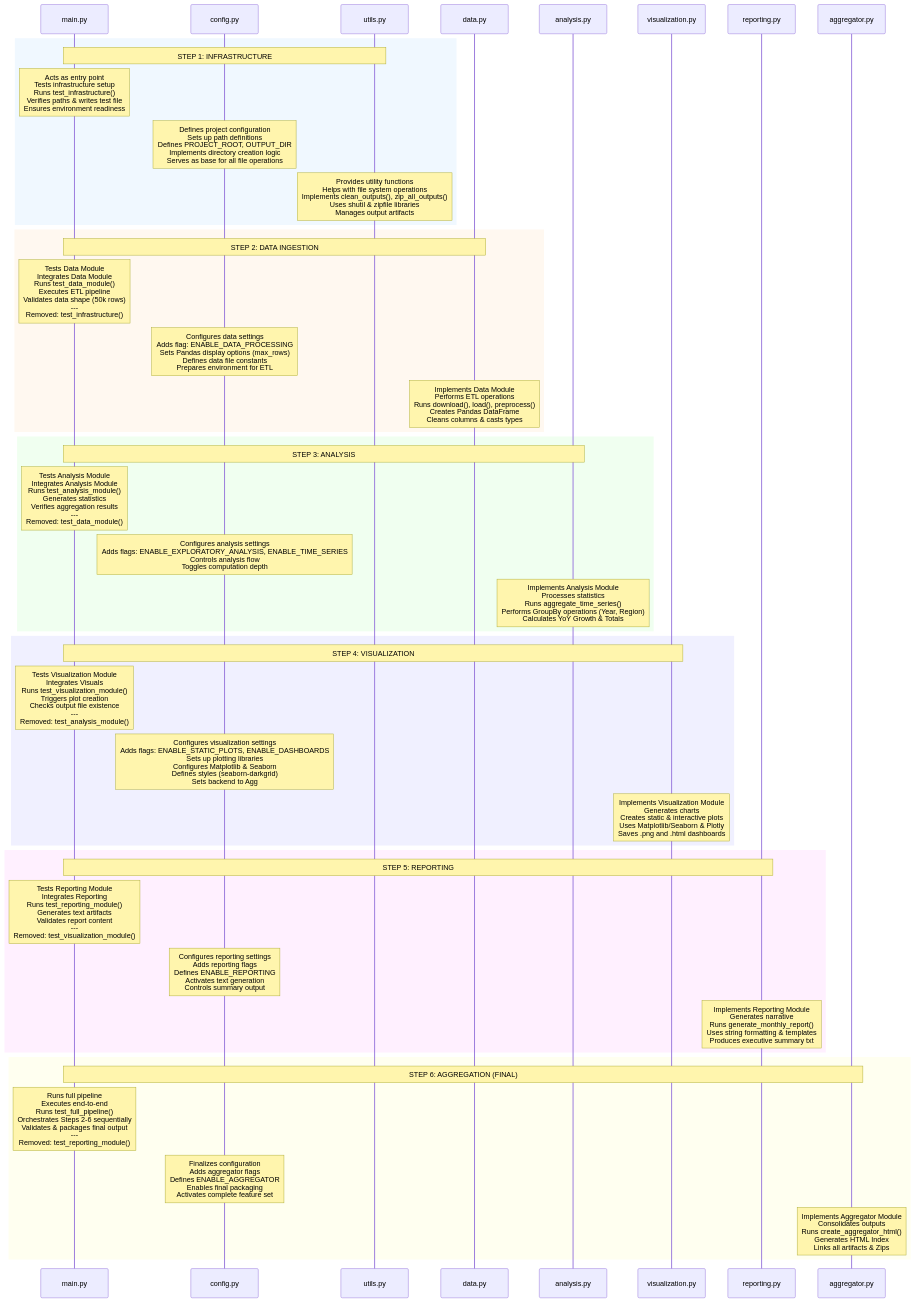
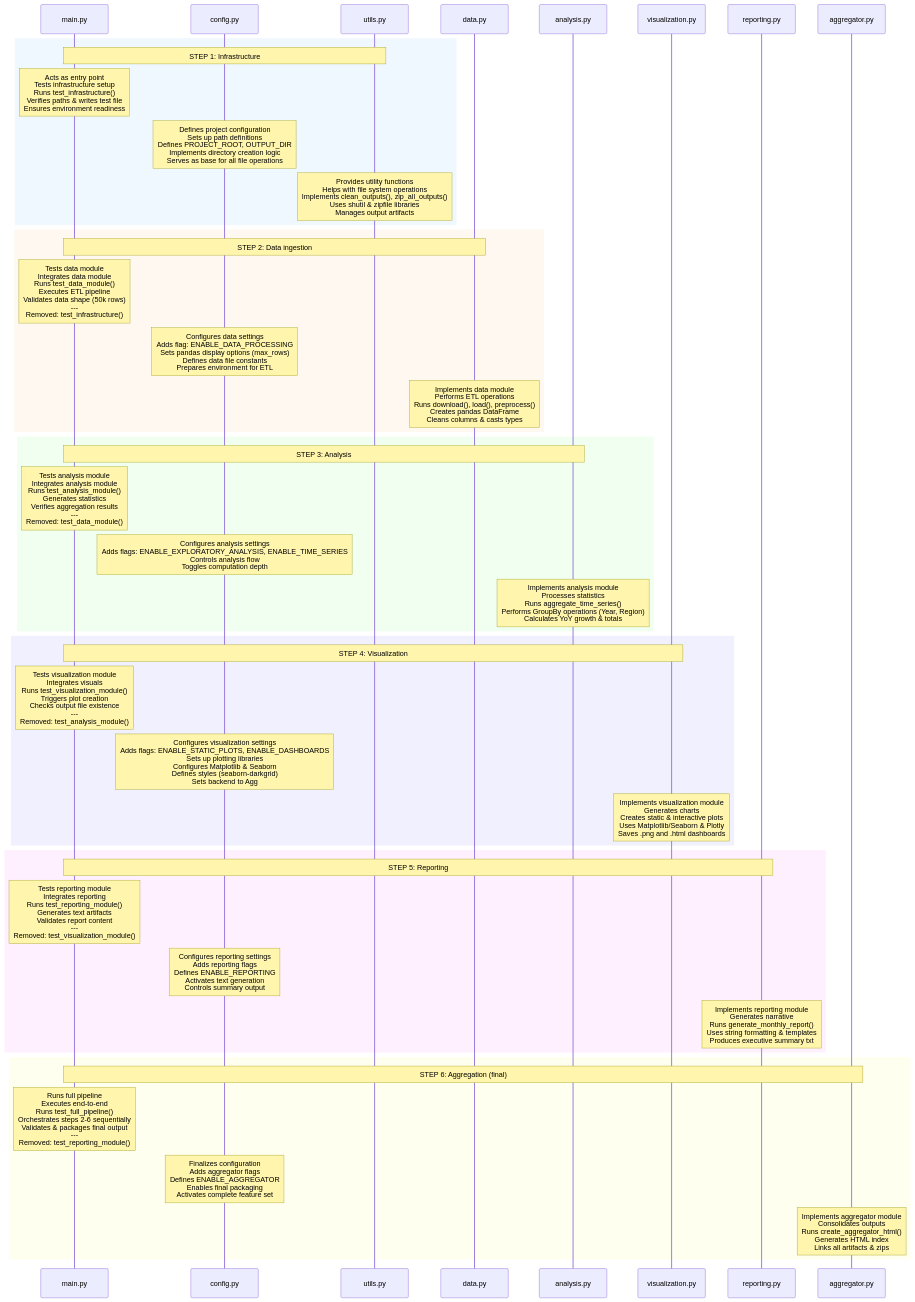
One commit to StephenEastham/bmw-sales-forecast changed the diagram in v251130-simple-from-colab-then-restructure-in-steps/evolution/project_evolution.md. Above: the diagram before and after it, drawn with Mermaid.

````diff
--- a/v251130-simple-from-colab-then-restructure-in-steps/evolution/project_evolution.md
+++ b/v251130-simple-from-colab-then-restructure-in-steps/evolution/project_evolution.md
@@ -3,60 +3,60 @@
 ```mermaid
 sequenceDiagram
     autonumber
     participant Main as main.py
     participant Config as config.py
     participant Utils as utils.py
     participant Data as data.py
     participant Analysis as analysis.py
     participant Viz as visualization.py
     participant Report as reporting.py
     participant Agg as aggregator.py
 
     %% STEP 1: INFRASTRUCTURE
     rect rgb(240, 248, 255)
-    Note over Main, Utils: STEP 1: INFRASTRUCTURE
+    Note over Main, Utils: STEP 1: Infrastructure
     Note over Main: Acts as entry point<br/>Tests infrastructure setup<br/>Runs test_infrastructure()<br/>Verifies paths & writes test file<br/>Ensures environment readiness
     Note over Config: Defines project configuration<br/>Sets up path definitions<br/>Defines PROJECT_ROOT, OUTPUT_DIR<br/>Implements directory creation logic<br/>Serves as base for all file operations
     Note over Utils: Provides utility functions<br/>Helps with file system operations<br/>Implements clean_outputs(), zip_all_outputs()<br/>Uses shutil & zipfile libraries<br/>Manages output artifacts
     end
 
     %% STEP 2: DATA
     rect rgb(255, 248, 240)
-    Note over Main, Data: STEP 2: DATA INGESTION
-    Note over Main: Tests Data Module<br/>Integrates Data Module<br/>Runs test_data_module()<br/>Executes ETL pipeline<br/>Validates data shape (50k rows)<br/>---<br/>Removed: test_infrastructure()
-    Note over Config: Configures data settings<br/>Adds flag: ENABLE_DATA_PROCESSING<br/>Sets Pandas display options (max_rows)<br/>Defines data file constants<br/>Prepares environment for ETL
-    Note over Data: Implements Data Module<br/>Performs ETL operations<br/>Runs download(), load(), preprocess()<br/>Creates Pandas DataFrame<br/>Cleans columns & casts types
+    Note over Main, Data: STEP 2: Data ingestion
+    Note over Main: Tests data module<br/>Integrates data module<br/>Runs test_data_module()<br/>Executes ETL pipeline<br/>Validates data shape (50k rows)<br/>---<br/>Removed: test_infrastructure()
+    Note over Config: Configures data settings<br/>Adds flag: ENABLE_DATA_PROCESSING<br/>Sets pandas display options (max_rows)<br/>Defines data file constants<br/>Prepares environment for ETL
+    Note over Data: Implements data module<br/>Performs ETL operations<br/>Runs download(), load(), preprocess()<br/>Creates pandas DataFrame<br/>Cleans columns & casts types
     end
 
     %% STEP 3: ANALYSIS
     rect rgb(240, 255, 240)
-    Note over Main, Analysis: STEP 3: ANALYSIS
-    Note over Main: Tests Analysis Module<br/>Integrates Analysis Module<br/>Runs test_analysis_module()<br/>Generates statistics<br/>Verifies aggregation results<br/>---<br/>Removed: test_data_module()
+    Note over Main, Analysis: STEP 3: Analysis
+    Note over Main: Tests analysis module<br/>Integrates analysis module<br/>Runs test_analysis_module()<br/>Generates statistics<br/>Verifies aggregation results<br/>---<br/>Removed: test_data_module()
     Note over Config: Configures analysis settings<br/>Adds flags: ENABLE_EXPLORATORY_ANALYSIS, ENABLE_TIME_SERIES<br/>Controls analysis flow<br/>Toggles computation depth
-    Note over Analysis: Implements Analysis Module<br/>Processes statistics<br/>Runs aggregate_time_series()<br/>Performs GroupBy operations (Year, Region)<br/>Calculates YoY Growth & Totals
+    Note over Analysis: Implements analysis module<br/>Processes statistics<br/>Runs aggregate_time_series()<br/>Performs GroupBy operations (Year, Region)<br/>Calculates YoY growth & totals
     end
 
     %% STEP 4: VISUALIZATION
     rect rgb(240, 240, 255)
-    Note over Main, Viz: STEP 4: VISUALIZATION
-    Note over Main: Tests Visualization Module<br/>Integrates Visuals<br/>Runs test_visualization_module()<br/>Triggers plot creation<br/>Checks output file existence<br/>---<br/>Removed: test_analysis_module()
+    Note over Main, Viz: STEP 4: Visualization
+    Note over Main: Tests visualization module<br/>Integrates visuals<br/>Runs test_visualization_module()<br/>Triggers plot creation<br/>Checks output file existence<br/>---<br/>Removed: test_analysis_module()
     Note over Config: Configures visualization settings<br/>Adds flags: ENABLE_STATIC_PLOTS, ENABLE_DASHBOARDS<br/>Sets up plotting libraries<br/>Configures Matplotlib & Seaborn<br/>Defines styles (seaborn-darkgrid)<br/>Sets backend to Agg
-    Note over Viz: Implements Visualization Module<br/>Generates charts<br/>Creates static & interactive plots<br/>Uses Matplotlib/Seaborn & Plotly<br/>Saves .png and .html dashboards
+    Note over Viz: Implements visualization module<br/>Generates charts<br/>Creates static & interactive plots<br/>Uses Matplotlib/Seaborn & Plotly<br/>Saves .png and .html dashboards
     end
 
     %% STEP 5: REPORTING
     rect rgb(255, 240, 255)
-    Note over Main, Report: STEP 5: REPORTING
-    Note over Main: Tests Reporting Module<br/>Integrates Reporting<br/>Runs test_reporting_module()<br/>Generates text artifacts<br/>Validates report content<br/>---<br/>Removed: test_visualization_module()
+    Note over Main, Report: STEP 5: Reporting
+    Note over Main: Tests reporting module<br/>Integrates reporting<br/>Runs test_reporting_module()<br/>Generates text artifacts<br/>Validates report content<br/>---<br/>Removed: test_visualization_module()
     Note over Config: Configures reporting settings<br/>Adds reporting flags<br/>Defines ENABLE_REPORTING<br/>Activates text generation<br/>Controls summary output
-    Note over Report: Implements Reporting Module<br/>Generates narrative<br/>Runs generate_monthly_report()<br/>Uses string formatting & templates<br/>Produces executive summary txt
+    Note over Report: Implements reporting module<br/>Generates narrative<br/>Runs generate_monthly_report()<br/>Uses string formatting & templates<br/>Produces executive summary txt
     end
 
     %% STEP 6: AGGREGATION
     rect rgb(255, 255, 240)
-    Note over Main, Agg: STEP 6: AGGREGATION (FINAL)
-    Note over Main: Runs full pipeline<br/>Executes end-to-end<br/>Runs test_full_pipeline()<br/>Orchestrates Steps 2-6 sequentially<br/>Validates & packages final output<br/>---<br/>Removed: test_reporting_module()
+    Note over Main, Agg: STEP 6: Aggregation (final)
+    Note over Main: Runs full pipeline<br/>Executes end-to-end<br/>Runs test_full_pipeline()<br/>Orchestrates steps 2-6 sequentially<br/>Validates & packages final output<br/>---<br/>Removed: test_reporting_module()
     Note over Config: Finalizes configuration<br/>Adds aggregator flags<br/>Defines ENABLE_AGGREGATOR<br/>Enables final packaging<br/>Activates complete feature set
-    Note over Agg: Implements Aggregator Module<br/>Consolidates outputs<br/>Runs create_aggregator_html()<br/>Generates HTML Index<br/>Links all artifacts & Zips
+    Note over Agg: Implements aggregator module<br/>Consolidates outputs<br/>Runs create_aggregator_html()<br/>Generates HTML index<br/>Links all artifacts & zips
     end
 ```
````
